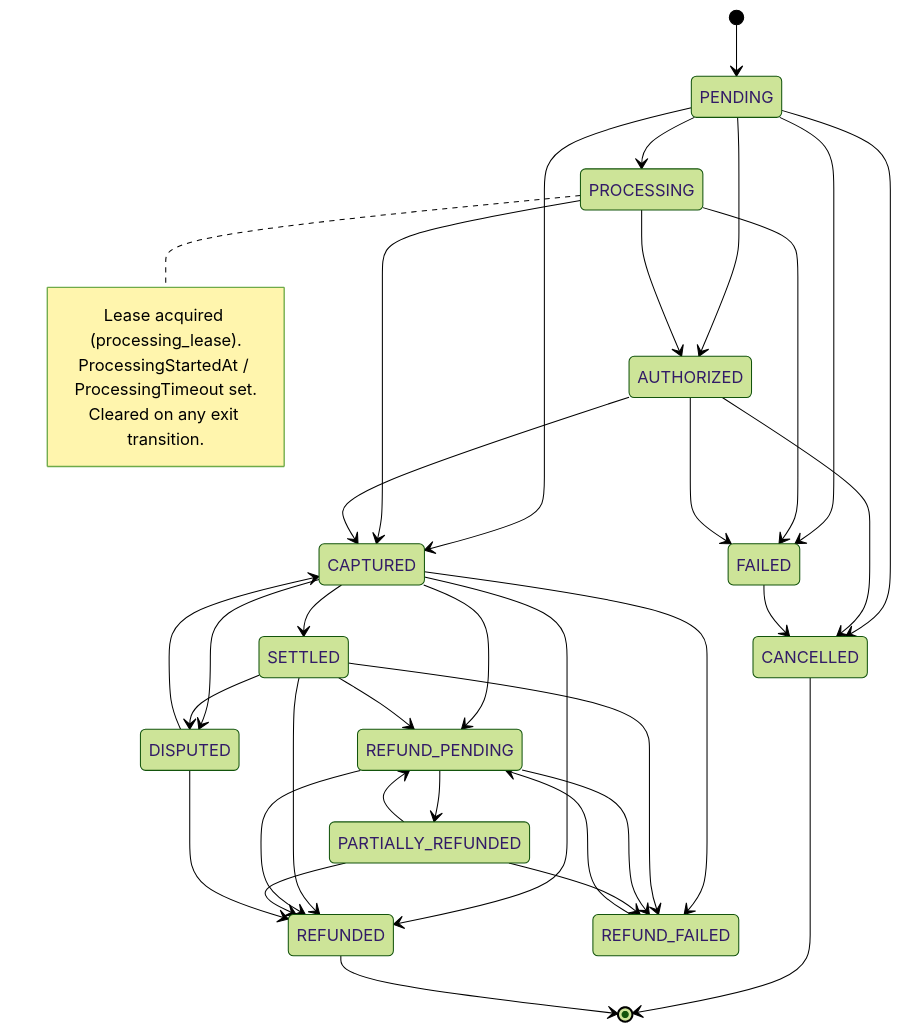
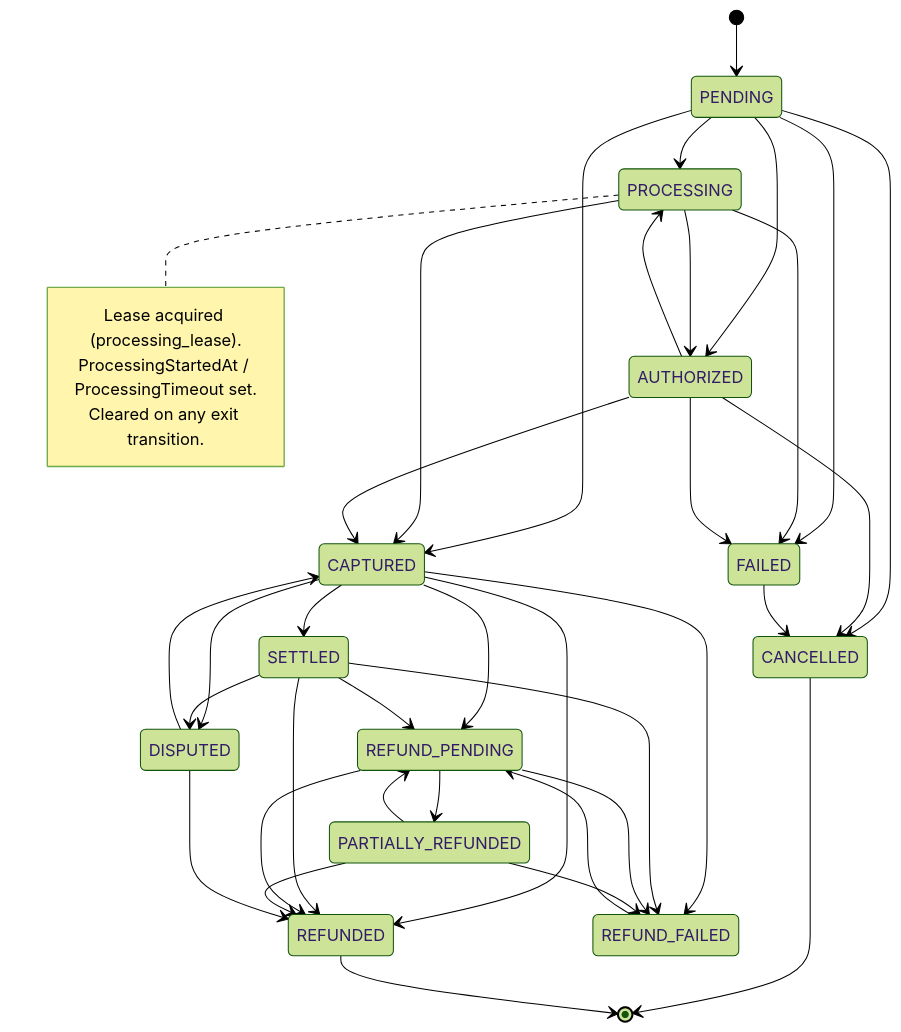
The second of 13 diagrams in README.md (flyluman/payment-service), drawn with Mermaid (forest theme) before and after one commit. The commit also changed other lines of this file and 7 other files, not shown here.

````diff
--- a/README.md
+++ b/README.md
@@ -220,53 +220,54 @@
 ```mermaid
 stateDiagram-v2
     [*] --> PENDING
 
     PENDING --> PROCESSING
     PENDING --> AUTHORIZED
     PENDING --> CAPTURED
     PENDING --> FAILED
     PENDING --> CANCELLED
 
     PROCESSING --> CAPTURED
     PROCESSING --> AUTHORIZED
     PROCESSING --> FAILED
 
     AUTHORIZED --> CAPTURED
     AUTHORIZED --> FAILED
     AUTHORIZED --> CANCELLED
+    AUTHORIZED --> PROCESSING
 
     CAPTURED --> SETTLED
     CAPTURED --> REFUND_PENDING
     CAPTURED --> REFUNDED
     CAPTURED --> REFUND_FAILED
     CAPTURED --> DISPUTED
 
     SETTLED --> REFUND_PENDING
     SETTLED --> REFUNDED
     SETTLED --> REFUND_FAILED
     SETTLED --> DISPUTED
 
     FAILED --> CANCELLED
 
     REFUND_PENDING --> REFUNDED
     REFUND_PENDING --> REFUND_FAILED
     REFUND_PENDING --> PARTIALLY_REFUNDED
 
     PARTIALLY_REFUNDED --> REFUND_PENDING
     PARTIALLY_REFUNDED --> REFUNDED
     PARTIALLY_REFUNDED --> REFUND_FAILED
 
     REFUND_FAILED --> REFUND_PENDING
 
     DISPUTED --> CAPTURED
     DISPUTED --> REFUNDED
 
     CANCELLED --> [*]
     REFUNDED --> [*]
 
     note right of PROCESSING
         Lease acquired (processing_lease).
         ProcessingStartedAt / ProcessingTimeout set.
         Cleared on any exit transition.
     end note
 ```
````
